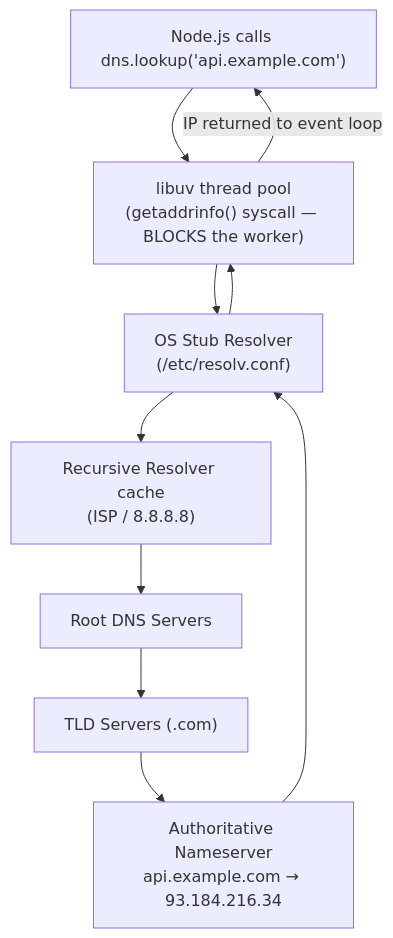
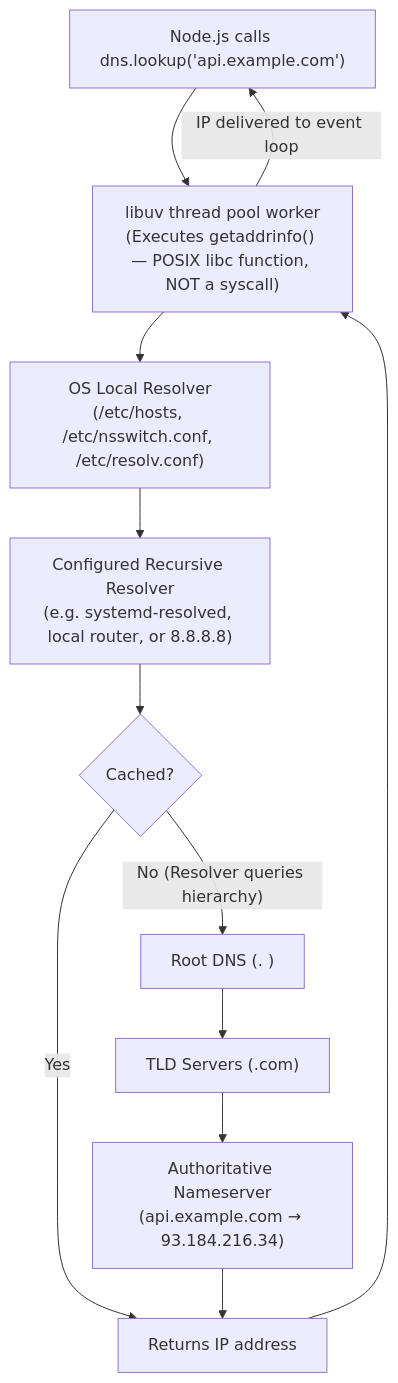
One commit to Patel-Neel-346/Notes changed the seventh of 16 diagrams in Backend-engineering/2-Communication-patterns/2-Async-and-Sync-Execution/1.Async-Sync-Execution.md. Above: the diagram before and after it, drawn with Mermaid. The commit also changed other lines of this file, not shown here.

````diff
--- a/Backend-engineering/2-Communication-patterns/2-Async-and-Sync-Execution/1.Async-Sync-Execution.md
+++ b/Backend-engineering/2-Communication-patterns/2-Async-and-Sync-Execution/1.Async-Sync-Execution.md
@@ -595,13 +611,15 @@
 ```mermaid
 flowchart TD
     APP["Node.js calls dns.lookup('api.example.com')"]
-    --> POOL["libuv thread pool\n(getaddrinfo() syscall — BLOCKS the worker)"]
-    --> STUB["OS Stub Resolver\n(/etc/resolv.conf)"]
-    --> RCACHE["Recursive Resolver cache\n(ISP / 8.8.8.8)"]
-    --> ROOT["Root DNS Servers"]
-    --> TLD["TLD Servers (.com)"]
-    --> AUTH["Authoritative Nameserver\napi.example.com → 93.184.216.34"]
-    AUTH --> STUB
-    STUB --> POOL
-    POOL -->|"IP returned to event loop"| APP
+    --> POOL["libuv thread pool worker\n(Executes getaddrinfo() — POSIX libc function, NOT a syscall)"]
+    --> STUB["OS Local Resolver\n(/etc/hosts, /etc/nsswitch.conf, /etc/resolv.conf)"]
+    --> RECURSIVE["Configured Recursive Resolver\n(e.g. systemd-resolved, local router, or 8.8.8.8)"]
+    --> CACHE{"Cached?"}
+    CACHE -->|"Yes"| RET["Returns IP address"]
+    CACHE -->|"No (Resolver queries hierarchy)"| ROOT["Root DNS (. )"]
+    ROOT --> TLD["TLD Servers (.com)"]
+    TLD --> AUTH["Authoritative Nameserver\n(api.example.com → 93.184.216.34)"]
+    AUTH --> RET
+    RET --> POOL
+    POOL -->|"IP delivered to event loop"| APP
 ```
````
